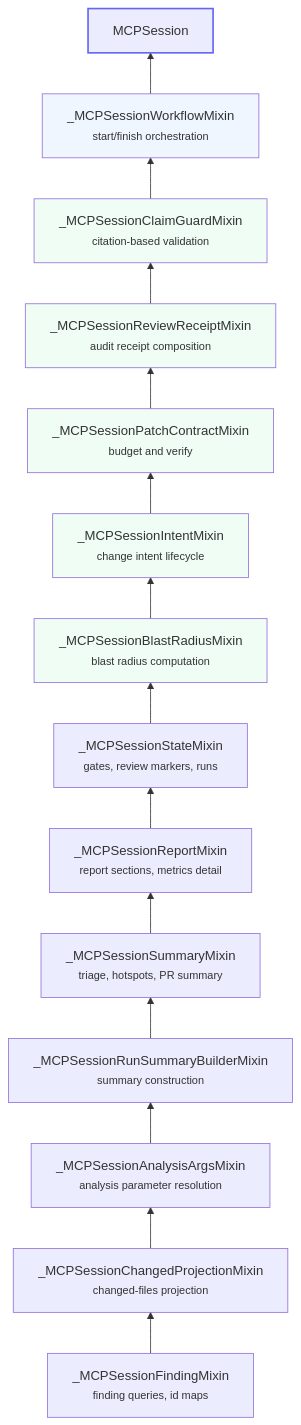
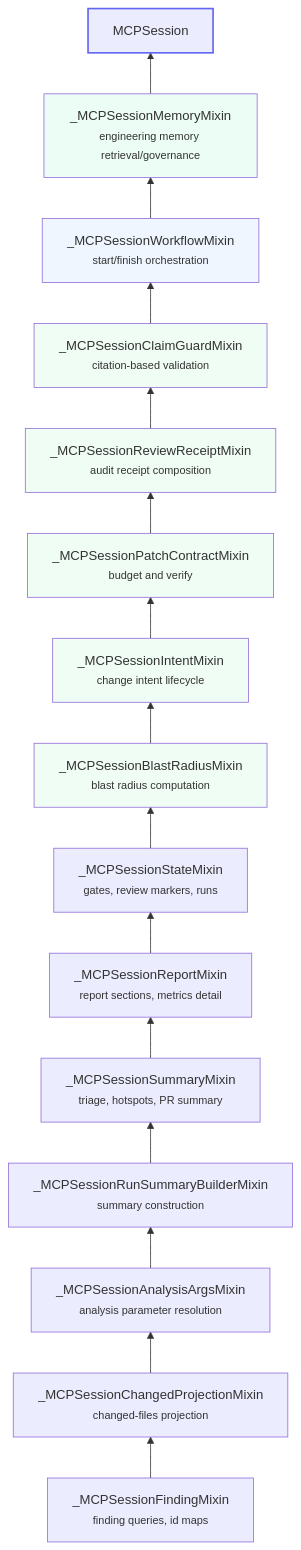
The third of 6 diagrams in docs/mcp.md (orenlab/codeclone), drawn with Mermaid before and after one commit. The commit also changed other lines of this file and 6 other files, not shown here.

First line of the commit message:
docs: integrate Engineering Memory across contract book and MCP guide

````diff
--- a/docs/mcp.md
+++ b/docs/mcp.md
@@ -65,25 +65,27 @@
 ```mermaid
 graph BT
     F["_MCPSessionFindingMixin<br/><small>finding queries, id maps</small>"]
     CP["_MCPSessionChangedProjectionMixin<br/><small>changed-files projection</small>"]
     AA["_MCPSessionAnalysisArgsMixin<br/><small>analysis parameter resolution</small>"]
     RSB["_MCPSessionRunSummaryBuilderMixin<br/><small>summary construction</small>"]
     SM["_MCPSessionSummaryMixin<br/><small>triage, hotspots, PR summary</small>"]
     RPM["_MCPSessionReportMixin<br/><small>report sections, metrics detail</small>"]
     STM["_MCPSessionStateMixin<br/><small>gates, review markers, runs</small>"]
     BR["_MCPSessionBlastRadiusMixin<br/><small>blast radius computation</small>"]
     IM["_MCPSessionIntentMixin<br/><small>change intent lifecycle</small>"]
     PC["_MCPSessionPatchContractMixin<br/><small>budget and verify</small>"]
     RR["_MCPSessionReviewReceiptMixin<br/><small>audit receipt composition</small>"]
     CG["_MCPSessionClaimGuardMixin<br/><small>citation-based validation</small>"]
     WF["_MCPSessionWorkflowMixin<br/><small>start/finish orchestration</small>"]
+    MM["_MCPSessionMemoryMixin<br/><small>engineering memory retrieval/governance</small>"]
     S["MCPSession"]
-    F --> CP --> AA --> RSB --> SM --> RPM --> STM --> BR --> IM --> PC --> RR --> CG --> WF --> S
+    F --> CP --> AA --> RSB --> SM --> RPM --> STM --> BR --> IM --> PC --> RR --> CG --> WF --> MM --> S
     style S stroke: #6366f1, stroke-width: 2px
     style WF fill: #eff6ff
+    style MM fill: #ecfdf5
     style CG fill: #f0fdf4
     style RR fill: #f0fdf4
     style PC fill: #f0fdf4
     style IM fill: #f0fdf4
     style BR fill: #f0fdf4
 ```
````
